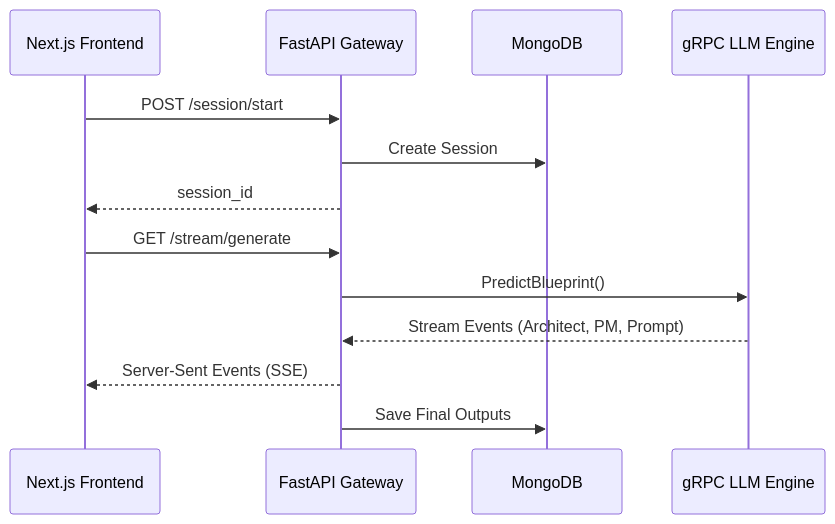
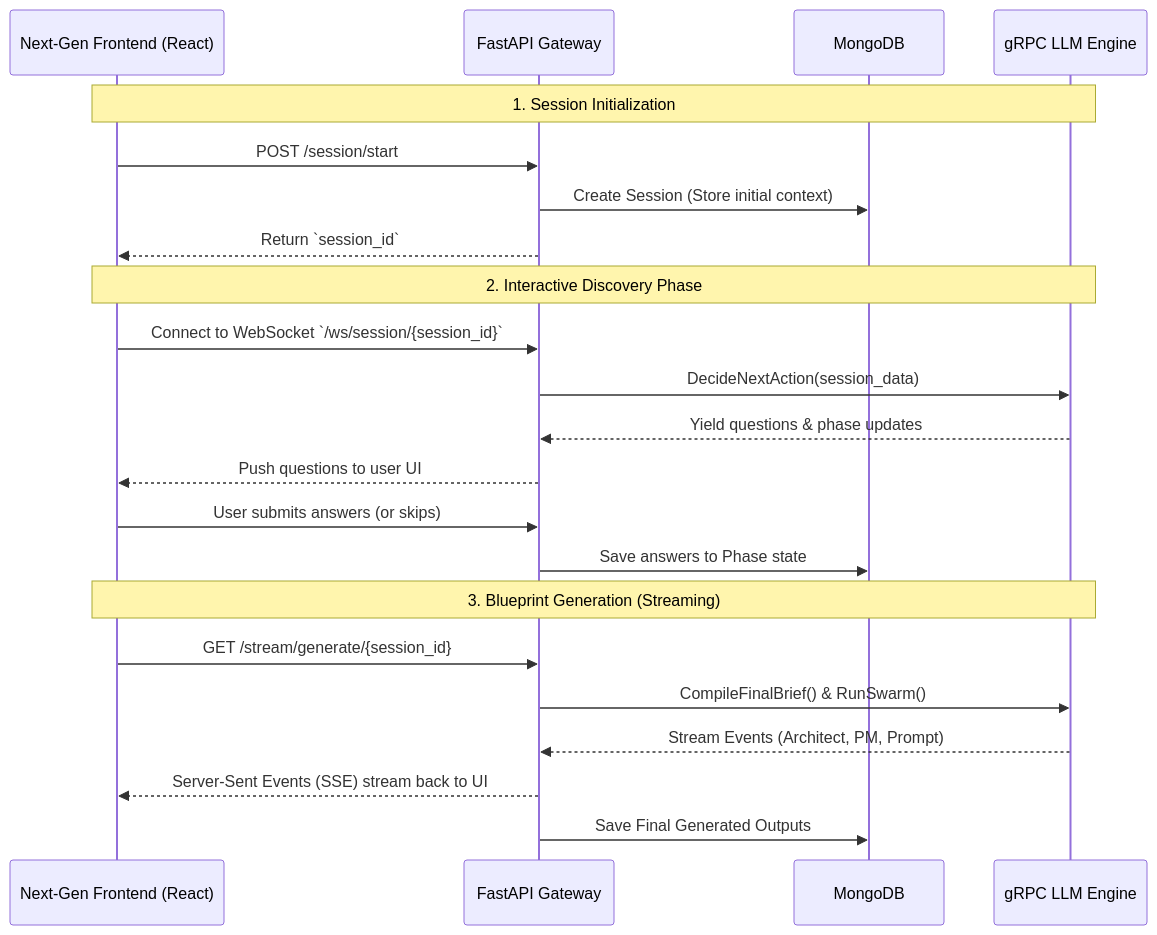
Before and after one commit to sohail-kustagi/DevKit.AI-Backend: the diagram in README.md, drawn with Mermaid. The commit also changed other lines of this file, not shown here.

````diff
--- a/README.md
+++ b/README.md
@@ -16,17 +18,27 @@
 ```mermaid
 sequenceDiagram
-    participant F as Next.js Frontend
+    participant F as Next-Gen Frontend (React)
     participant B as FastAPI Gateway
     participant DB as MongoDB
     participant LLM as gRPC LLM Engine
 
+    Note over F,LLM: 1. Session Initialization
     F->>B: POST /session/start
-    B->>DB: Create Session
-    B-->>F: session_id
+    B->>DB: Create Session (Store initial context)
+    B-->>F: Return `session_id`
 
-    F->>B: GET /stream/generate
-    B->>LLM: PredictBlueprint()
+    Note over F,LLM: 2. Interactive Discovery Phase
+    F->>B: Connect to WebSocket `/ws/session/{session_id}`
+    B->>LLM: DecideNextAction(session_data)
+    LLM-->>B: Yield questions & phase updates
+    B-->>F: Push questions to user UI
+    F->>B: User submits answers (or skips)
+    B->>DB: Save answers to Phase state
+
+    Note over F,LLM: 3. Blueprint Generation (Streaming)
+    F->>B: GET /stream/generate/{session_id}
+    B->>LLM: CompileFinalBrief() & RunSwarm()
     LLM-->>B: Stream Events (Architect, PM, Prompt)
-    B-->>F: Server-Sent Events (SSE)
-    B->>DB: Save Final Outputs
+    B-->>F: Server-Sent Events (SSE) stream back to UI
+    B->>DB: Save Final Generated Outputs
 ```
````
